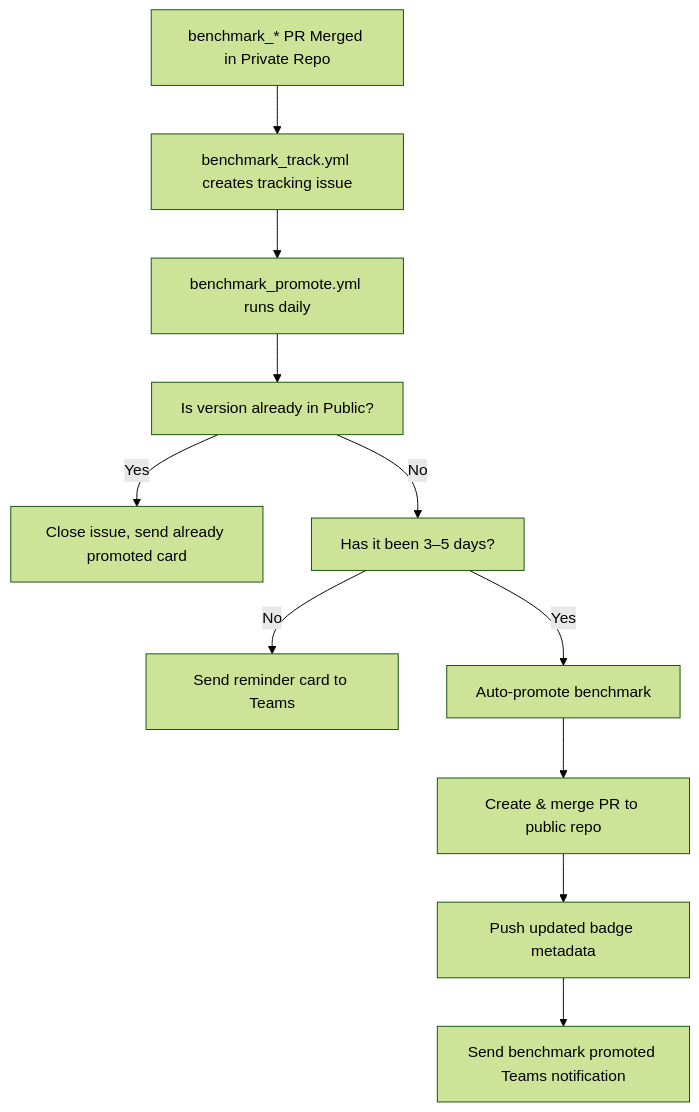
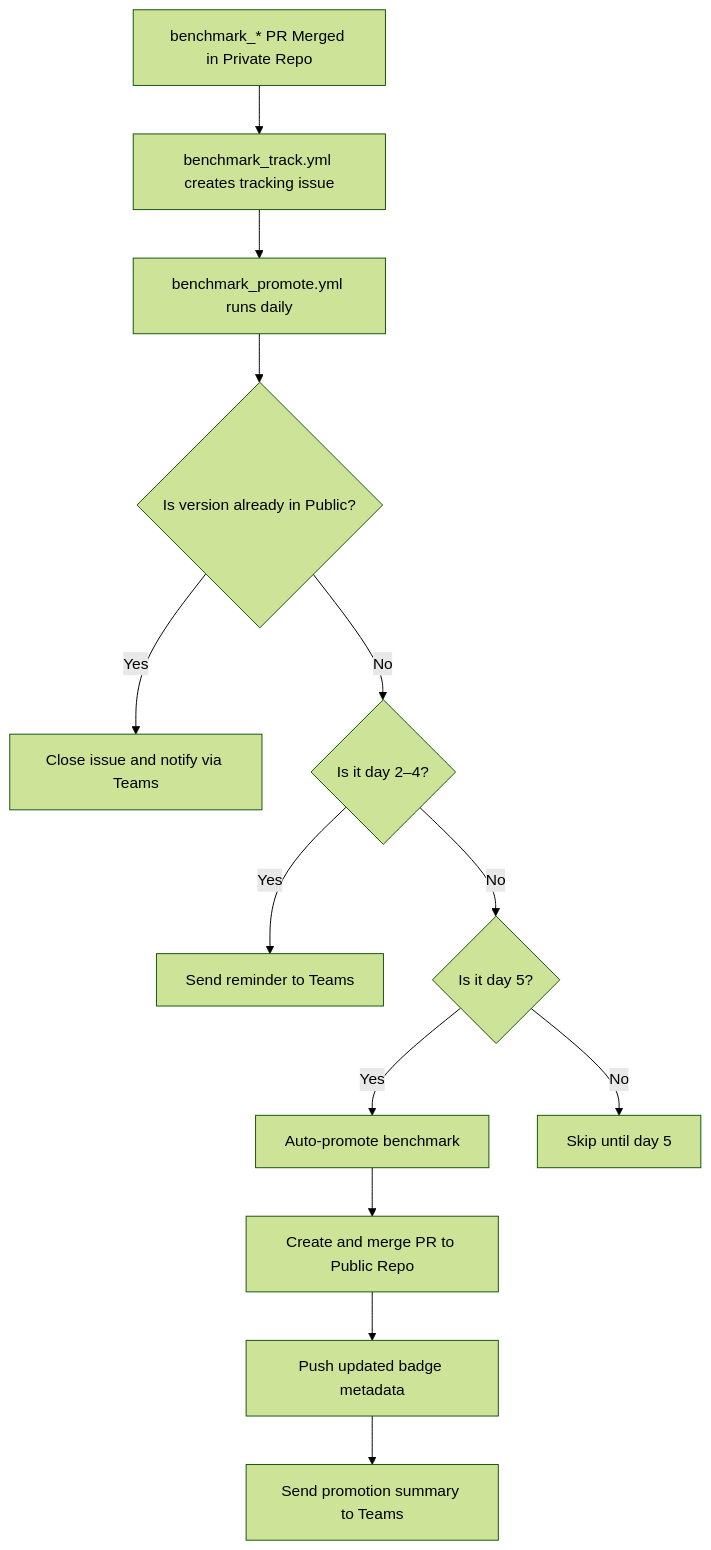
One commit to ansible-lockdown/github_windows_IaC changed the fourth of 4 diagrams in README.md. Above: the diagram before and after it, drawn with Mermaid (forest theme).

Commit message:
Readme Update

````diff
--- a/README.md
+++ b/README.md
@@ -304,13 +304,15 @@
 ```mermaid
 graph TD;
   A[benchmark_* PR Merged in Private Repo] --> B[benchmark_track.yml creates tracking issue]
   B --> C[benchmark_promote.yml runs daily]
-  C --> D[Is version already in Public?]
-  D -- Yes --> E[Close issue, send already promoted card]
-  D -- No --> F[Has it been 3–5 days?]
-  F -- No --> G[Send reminder card to Teams]
-  F -- Yes --> H[Auto-promote benchmark]
-  H --> I[Create & merge PR to public repo]
-  I --> J[Push updated badge metadata]
-  J --> K[Send benchmark promoted Teams notification]
+  C --> D{Is version already in Public?}
+  D -- Yes --> E[Close issue and notify via Teams]
+  D -- No --> F{Is it day 2–4?}
+  F -- Yes --> G[Send reminder to Teams]
+  F -- No --> H{Is it day 5?}
+  H -- Yes --> I[Auto-promote benchmark]
+  I --> J[Create and merge PR to Public Repo]
+  J --> K[Push updated badge metadata]
+  K --> L[Send promotion summary to Teams]
+  H -- No --> M[Skip until day 5]
 ```
````
